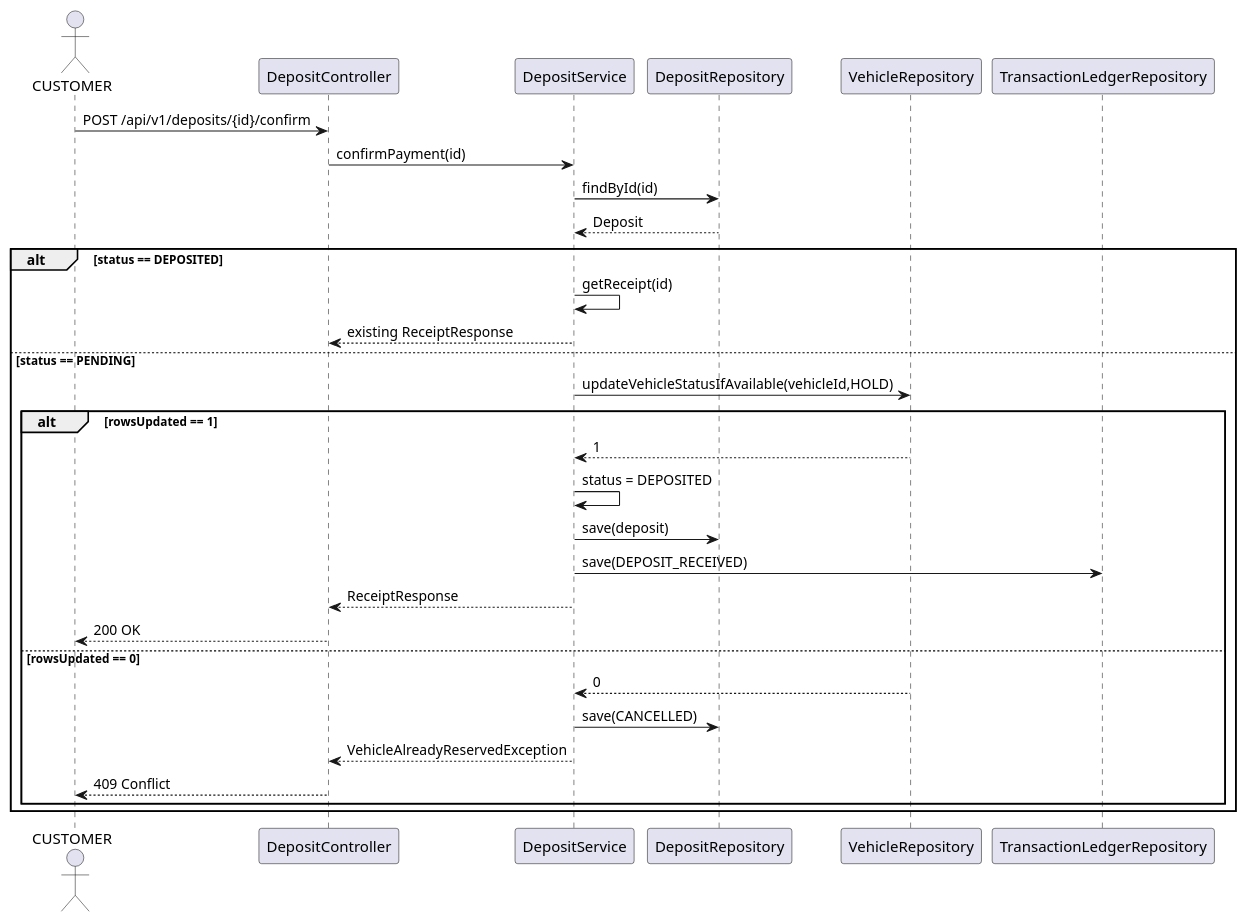
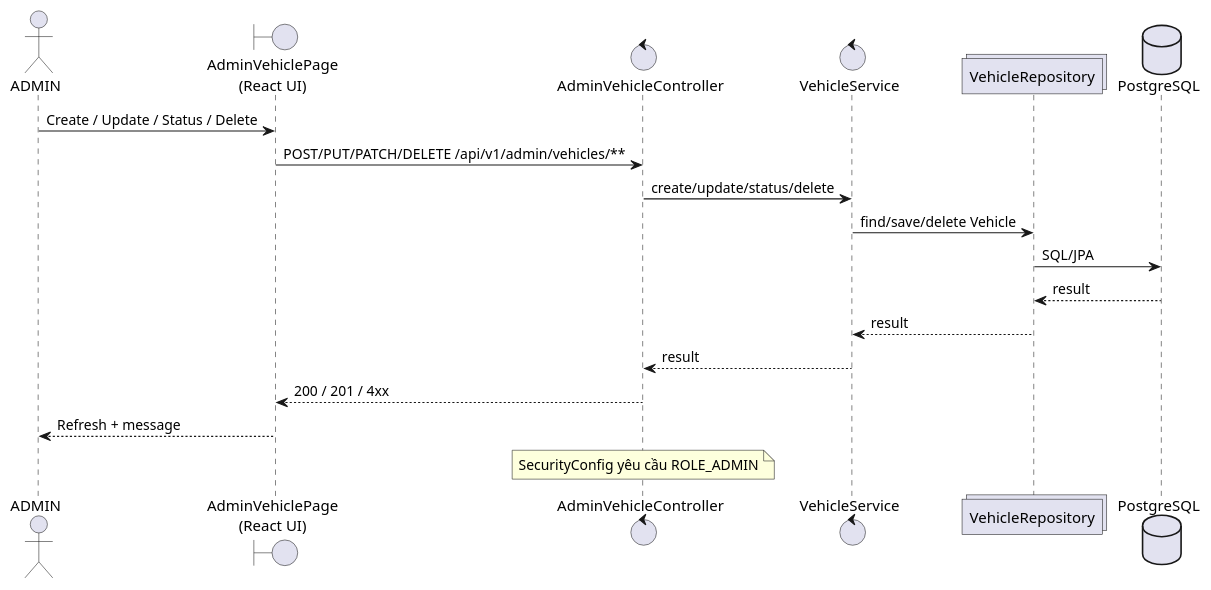
One commit to Trung-Khang/AutoTrade changed the fourth of 6 diagrams in docs/UML/Sequence_Diagrams.md. Above: the diagram before and after it, drawn with PlantUML. The commit also changed other lines of this file and 36 other files, not shown here.

Commit message:
docs(tv5): add UML diagrams and update progress report 1/10/2026

````diff
--- a/docs/UML/Sequence_Diagrams.md
+++ b/docs/UML/Sequence_Diagrams.md
@@ -160,35 +143,24 @@
 ```plantuml
 @startuml
-actor CUSTOMER
-participant "DepositController" as C
-participant "DepositService" as S
-participant "DepositRepository" as DR
-participant "VehicleRepository" as VR
-participant "TransactionLedgerRepository" as LR
+actor "ADMIN" as A
+boundary "AdminVehiclePage\n(React UI)" as UI
+control "AdminVehicleController" as C
+control "VehicleService" as S
+collections "VehicleRepository" as R
+database "PostgreSQL" as DB
 
-CUSTOMER -> C: POST /api/v1/deposits/{id}/confirm
-C -> S: confirmPayment(id)
-S -> DR: findById(id)
-DR --> S: Deposit
-
-alt status == DEPOSITED
-  S -> S: getReceipt(id)
-  S --> C: existing ReceiptResponse
-else status == PENDING
-  S -> VR: updateVehicleStatusIfAvailable(vehicleId,HOLD)
-  alt rowsUpdated == 1
-    VR --> S: 1
-    S -> S: status = DEPOSITED
-    S -> DR: save(deposit)
-    S -> LR: save(DEPOSIT_RECEIVED)
-    S --> C: ReceiptResponse
-    C --> CUSTOMER: 200 OK
-  else rowsUpdated == 0
-    VR --> S: 0
-    S -> DR: save(CANCELLED)
-    S --> C: VehicleAlreadyReservedException
-    C --> CUSTOMER: 409 Conflict
-  end
-end
+A -> UI : Create / Update / Status / Delete
+UI -> C : POST/PUT/PATCH/DELETE /api/v1/admin/vehicles/**
+C -> S : create/update/status/delete
+S -> R : find/save/delete Vehicle
+R -> DB : SQL/JPA
+DB --> R : result
+R --> S : result
+S --> C : result
+C --> UI : 200 / 201 / 4xx
+UI --> A : Refresh + message
+note over C
+SecurityConfig yêu cầu ROLE_ADMIN
+end note
 @enduml
 ```
````
